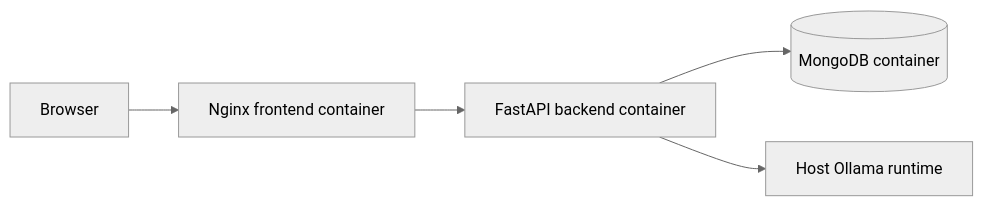
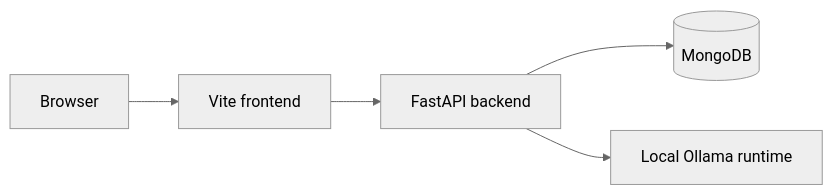
One commit to ark5234/Jan-Sunwai-AI changed diagram 13 of 15 in docs/reports/PROJECT_REPORT.md. Above: the diagram before and after it, drawn with Mermaid (neutral theme). The commit also changed other lines of this file, not shown here.

Commit message:
docs: restructure PROJECT_REPORT.md for clarity and detail; enhance sections on problem statement, objectives, and system architecture

````diff
--- a/docs/reports/PROJECT_REPORT.md
+++ b/docs/reports/PROJECT_REPORT.md
@@ -272,7 +406,7 @@
 ```mermaid
 flowchart LR
-    Browser --> Frontend[Nginx frontend container]
-    Frontend --> Backend[FastAPI backend container]
-    Backend --> Mongo[(MongoDB container)]
-    Backend --> Ollama[Host Ollama runtime]
+    Browser[Browser] --> Frontend[Vite frontend]
+    Frontend --> Backend[FastAPI backend]
+    Backend --> Mongo[(MongoDB)]
+    Backend --> Ollama[Local Ollama runtime]
 ```
````
